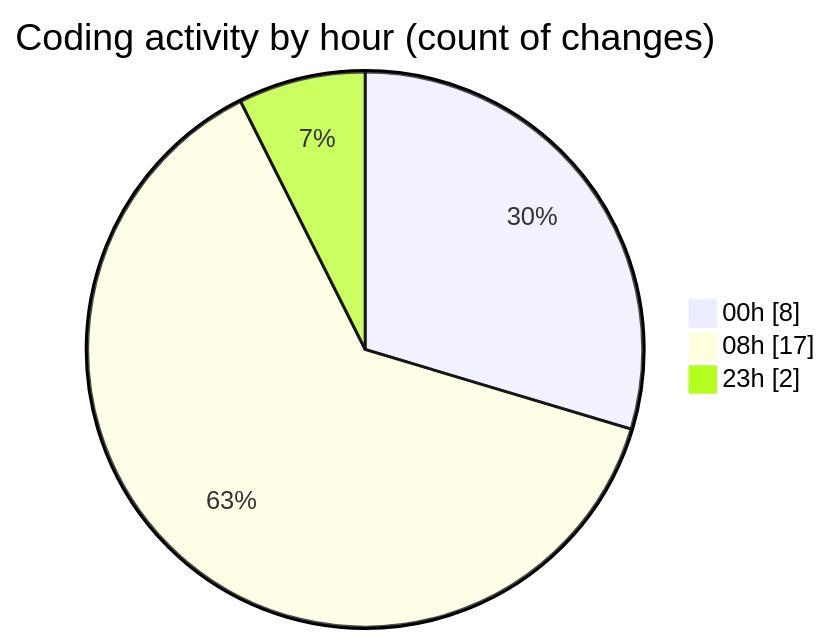
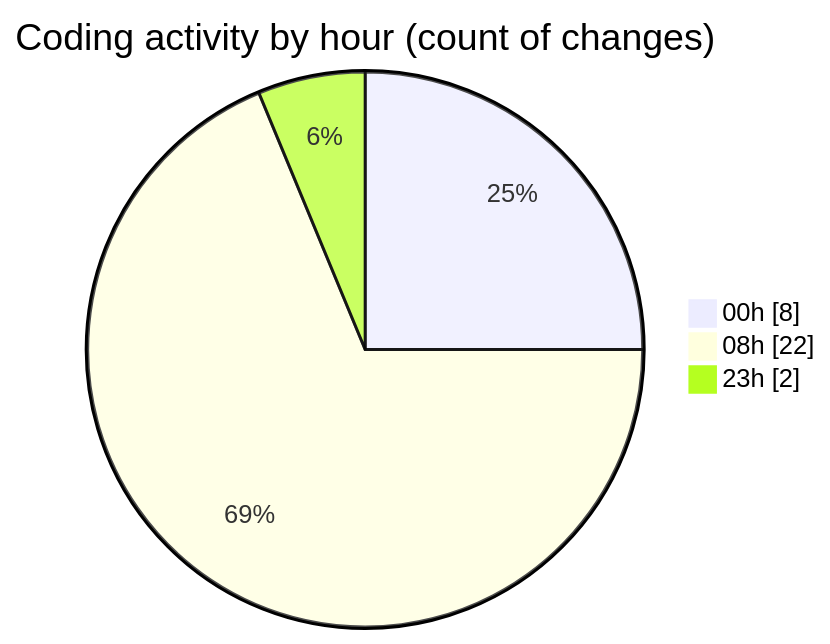
The second of 2 diagrams in 2025-08-13/ribbon/README.md (EIIisD/code-tracking), drawn with Mermaid before and after one commit. The commit also changed other lines of this file and 1 other file, not shown here.

````diff
--- a/2025-08-13/ribbon/README.md
+++ b/2025-08-13/ribbon/README.md
@@ -35,7 +35,7 @@
 ```mermaid
 pie showData
 title Coding activity by hour (count of changes)
 "00h" : 8
-"08h" : 17
+"08h" : 22
 "23h" : 2
 ```
````
